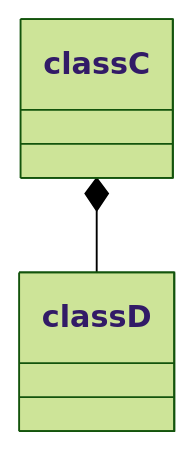
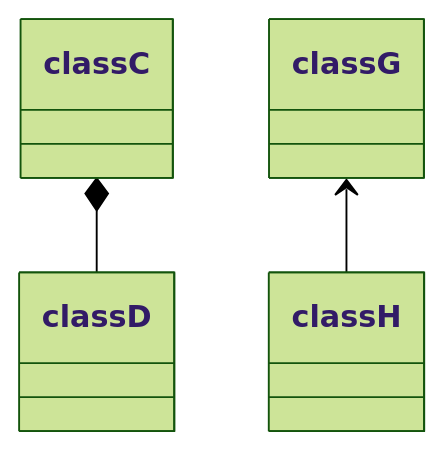
The diagram in src/site/notes/Books/2024/Java In a Nutshell/Chapter 8 - Working with Java Collections 1.md (anchung/ob-technical), drawn with Mermaid (forest theme) before and after one commit.

Commit message:
Published multiple files

````diff
--- a/src/site/notes/Books/2024/Java In a Nutshell/Chapter 8 - Working with Java Collections 1.md
+++ b/src/site/notes/Books/2024/Java In a Nutshell/Chapter 8 - Working with Java Collections 1.md
@@ -9,4 +9,5 @@
 ```mermaid
 classDiagram
 classC *-- classD
+classG <-- classH
 ```
````
